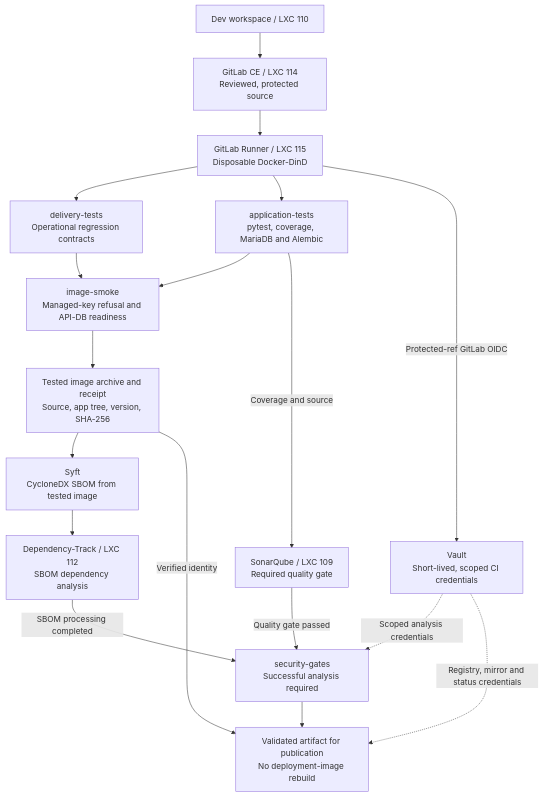
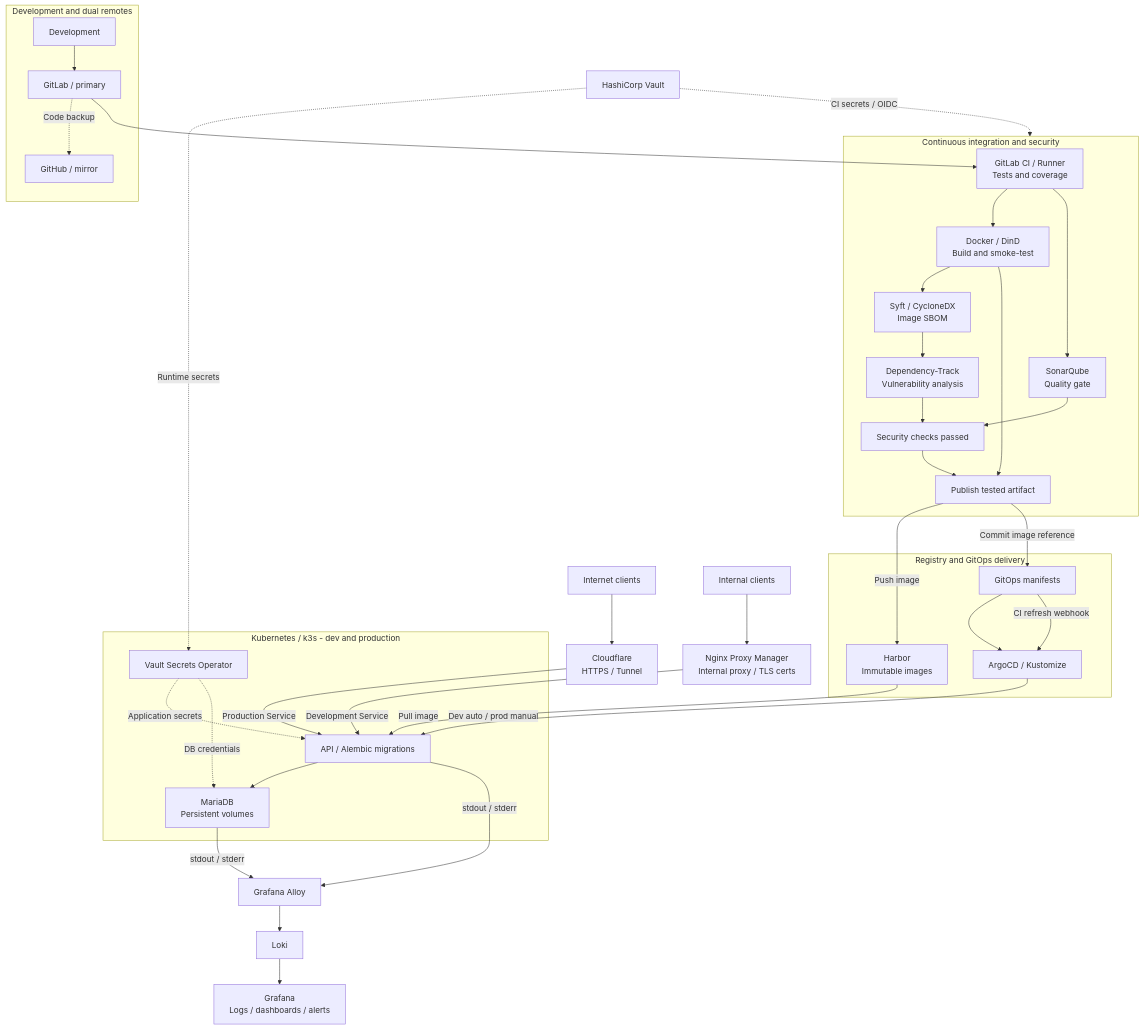
The diagram in README.md (noelnovo/WalletTrackerBackend), drawn with Mermaid before and after one commit. The commit also changed other lines of this file and 2 other files, not shown here.

````diff
--- a/README.md
+++ b/README.md
@@ -23,20 +12,48 @@
 ```mermaid
 flowchart TB
-    Workspace["Dev workspace / LXC 110"] --> GitLab["GitLab CE / LXC 114<br/>Reviewed, protected source"]
-    GitLab --> Runner["GitLab Runner / LXC 115<br/>Disposable Docker-DinD"]
-    Runner --> ContractTests["delivery-tests<br/>Operational regression contracts"]
-    Runner --> ApplicationTests["application-tests<br/>pytest, coverage, MariaDB and Alembic"]
-    ContractTests --> ImageSmoke["image-smoke<br/>Managed-key refusal and API-DB readiness"]
-    ApplicationTests --> ImageSmoke
-    ImageSmoke --> Artifact["Tested image archive and receipt<br/>Source, app tree, version, SHA-256"]
-    Artifact --> Syft["Syft<br/>CycloneDX SBOM from tested image"]
-    Syft --> DependencyTrack["Dependency-Track / LXC 112<br/>SBOM dependency analysis"]
-    ApplicationTests -->|"Coverage and source"| SonarQube["SonarQube / LXC 109<br/>Required quality gate"]
-    Runner -->|"Protected-ref GitLab OIDC"| CIVault["Vault<br/>Short-lived, scoped CI credentials"]
-    CIVault -. "Scoped analysis credentials" .-> SecurityGate
-    SonarQube -->|"Quality gate passed"| SecurityGate["security-gates<br/>Successful analysis required"]
-    DependencyTrack -->|"SBOM processing completed"| SecurityGate
-    Artifact -->|"Verified identity"| Publish["Validated artifact for publication<br/>No deployment-image rebuild"]
-    SecurityGate --> Publish
-    CIVault -. "Registry, mirror and status credentials" .-> Publish
+    subgraph Source["Development and dual remotes"]
+        Developer["Development"] --> GitLab["GitLab / primary"]
+        GitLab -. "Code backup" .-> GitHub["GitHub / mirror"]
+    end
+
+    subgraph Pipeline["Continuous integration and security"]
+        CI["GitLab CI / Runner<br/>Tests and coverage"] --> Image["Docker / DinD<br/>Build and smoke-test"]
+        CI --> SonarQube["SonarQube<br/>Quality gate"]
+        Image --> Syft["Syft / CycloneDX<br/>Image SBOM"]
+        Syft --> DependencyTrack["Dependency-Track<br/>Vulnerability analysis"]
+        SonarQube --> Gate["Security checks passed"]
+        DependencyTrack --> Gate
+        Image --> Publish["Publish tested artifact"]
+        Gate --> Publish
+    end
+    GitLab --> CI
+
+    subgraph Delivery["Registry and GitOps delivery"]
+        Harbor["Harbor<br/>Immutable images"]
+        GitOps["GitOps manifests"] --> ArgoCD["ArgoCD / Kustomize"]
+    end
+    Publish -->|"Push image"| Harbor
+    Publish -->|"Commit image reference"| GitOps
+    GitOps -->|"CI refresh webhook"| ArgoCD
+
+    subgraph Runtime["Kubernetes / k3s - dev and production"]
+        Workloads["API / Alembic migrations"] --> MariaDB["MariaDB<br/>Persistent volumes"]
+        VSO["Vault Secrets Operator"]
+    end
+    ArgoCD -->|"Dev auto / prod manual"| Workloads
+    Harbor -->|"Pull image"| Workloads
+    Vault["HashiCorp Vault"] -. "CI secrets / OIDC" .-> Pipeline
+    Vault -. "Runtime secrets" .-> VSO
+    VSO -. "Application secrets" .-> Workloads
+    VSO -. "DB credentials" .-> MariaDB
+
+    Public["Internet clients"] --> Cloudflare["Cloudflare<br/>HTTPS / Tunnel"]
+    Cloudflare -->|"Production Service"| Workloads
+    Internal["Internal clients"] --> Nginx["Nginx Proxy Manager<br/>Internal proxy / TLS certs"]
+    Nginx -->|"Development Service"| Workloads
+
+    Workloads -->|"stdout / stderr"| Alloy["Grafana Alloy"]
+    MariaDB -->|"stdout / stderr"| Alloy
+    Alloy --> Loki["Loki"]
+    Loki --> Grafana["Grafana<br/>Logs / dashboards / alerts"]
 ```
````
